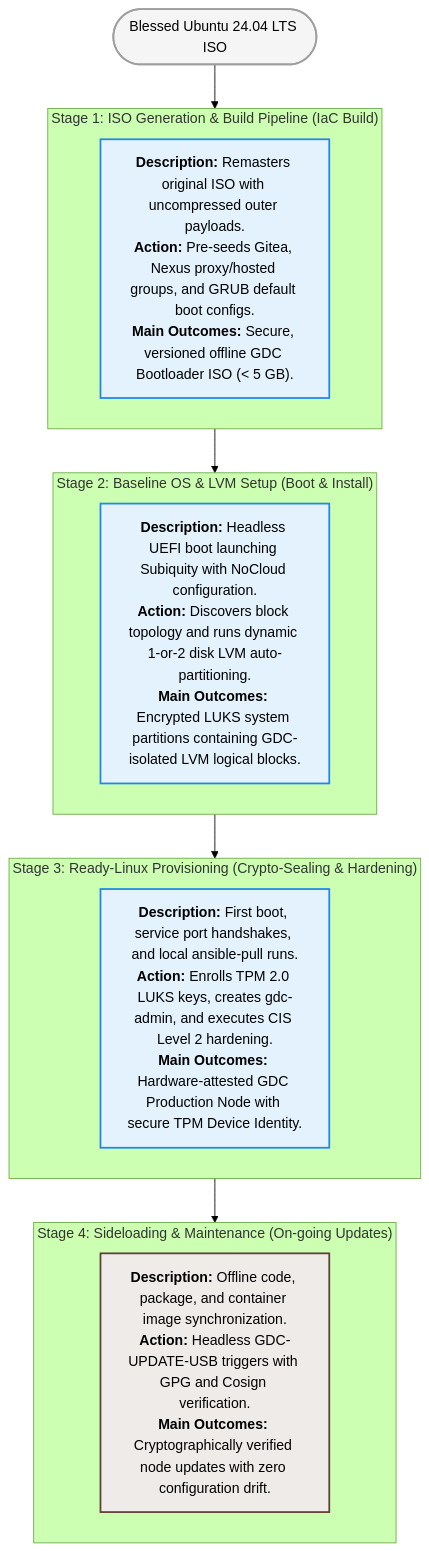
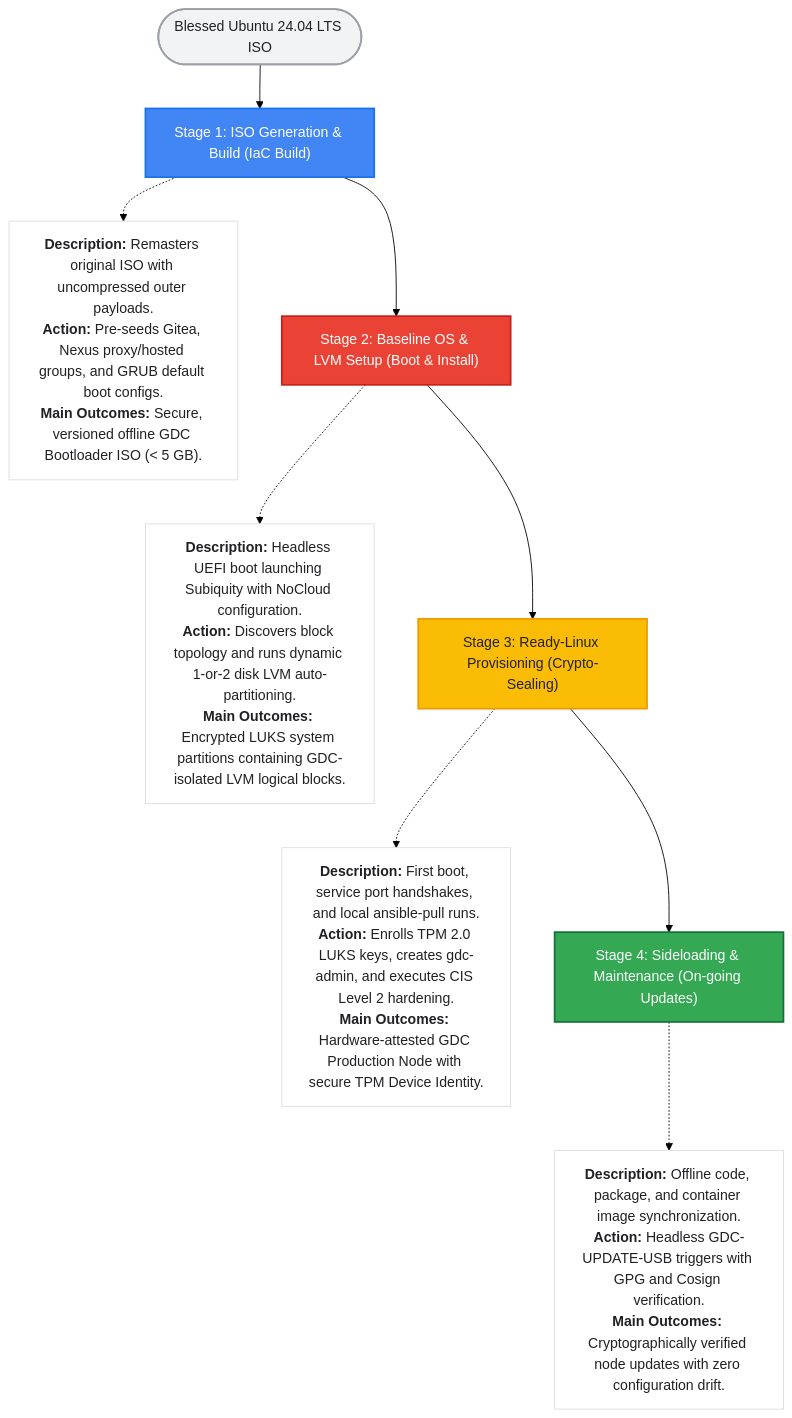
One commit to mike-ensor/gdc-disk-provisioner-gh changed the diagram in README.md. Above: the diagram before and after it, drawn with Mermaid (forest theme).

Commit message:
update README diagram with parallel notes and google brand colors

````diff
--- a/README.md
+++ b/README.md
@@ -11,33 +11,45 @@
 ```mermaid
 flowchart TD
-    classDef start fill:#f5f5f5,stroke:#9e9e9e,stroke-width:2px;
-    classDef stage fill:#e3f2fd,stroke:#1e88e5,stroke-width:2px;
-    classDef final fill:#efebe9,stroke:#5d4037,stroke-width:2px;
+    %% Define Google Brand Styles
+    classDef start fill:#F1F3F4,stroke:#9AA0A6,stroke-width:2px,color:#202124;
+    classDef blue fill:#4285F4,stroke:#1A73E8,stroke-width:2px,color:#FFFFFF;
+    classDef red fill:#EA4335,stroke:#C5221F,stroke-width:2px,color:#FFFFFF;
+    classDef yellow fill:#FBBC05,stroke:#F29900,stroke-width:2px,color:#202124;
+    classDef green fill:#34A853,stroke:#137333,stroke-width:2px,color:#FFFFFF;
+    classDef note fill:#FFFFFF,stroke:#DADCE0,stroke-width:1px,color:#202124;
 
+    %% Nodes
     Start(["Blessed Ubuntu 24.04 LTS ISO"])
     
-    subgraph S1 ["Stage 1: ISO Generation & Build Pipeline (IaC Build)"]
-        Stage1["<b>Description:</b> Remasters original ISO with uncompressed outer payloads.<br/><b>Action:</b> Pre-seeds Gitea, Nexus proxy/hosted groups, and GRUB default boot configs.<br/><b>Main Outcomes:</b> Secure, versioned offline GDC Bootloader ISO (&lt; 5 GB)."]
-    end
+    Stage1["Stage 1: ISO Generation & Build (IaC Build)"]
+    Note1["<b>Description:</b> Remasters original ISO with uncompressed outer payloads.<br/><b>Action:</b> Pre-seeds Gitea, Nexus proxy/hosted groups, and GRUB default boot configs.<br/><b>Main Outcomes:</b> Secure, versioned offline GDC Bootloader ISO (&lt; 5 GB)."]
     
-    subgraph S2 ["Stage 2: Baseline OS & LVM Setup (Boot & Install)"]
-        Stage2["<b>Description:</b> Headless UEFI boot launching Subiquity with NoCloud configuration.<br/><b>Action:</b> Discovers block topology and runs dynamic 1-or-2 disk LVM auto-partitioning.<br/><b>Main Outcomes:</b> Encrypted LUKS system partitions containing GDC-isolated LVM logical blocks."]
-    end
+    Stage2["Stage 2: Baseline OS & LVM Setup (Boot & Install)"]
+    Note2["<b>Description:</b> Headless UEFI boot launching Subiquity with NoCloud configuration.<br/><b>Action:</b> Discovers block topology and runs dynamic 1-or-2 disk LVM auto-partitioning.<br/><b>Main Outcomes:</b> Encrypted LUKS system partitions containing GDC-isolated LVM logical blocks."]
     
-    subgraph S3 ["Stage 3: Ready-Linux Provisioning (Crypto-Sealing & Hardening)"]
-        Stage3["<b>Description:</b> First boot, service port handshakes, and local ansible-pull runs.<br/><b>Action:</b> Enrolls TPM 2.0 LUKS keys, creates gdc-admin, and executes CIS Level 2 hardening.<br/><b>Main Outcomes:</b> Hardware-attested GDC Production Node with secure TPM Device Identity."]
-    end
+    Stage3["Stage 3: Ready-Linux Provisioning (Crypto-Sealing)"]
+    Note3["<b>Description:</b> First boot, service port handshakes, and local ansible-pull runs.<br/><b>Action:</b> Enrolls TPM 2.0 LUKS keys, creates gdc-admin, and executes CIS Level 2 hardening.<br/><b>Main Outcomes:</b> Hardware-attested GDC Production Node with secure TPM Device Identity."]
     
-    subgraph S4 ["Stage 4: Sideloading & Maintenance (On-going Updates)"]
-        Stage4["<b>Description:</b> Offline code, package, and container image synchronization.<br/><b>Action:</b> Headless GDC-UPDATE-USB triggers with GPG and Cosign verification.<br/><b>Main Outcomes:</b> Cryptographically verified node updates with zero configuration drift."]
-    end
+    Stage4["Stage 4: Sideloading & Maintenance (On-going Updates)"]
+    Note4["<b>Description:</b> Offline code, package, and container image synchronization.<br/><b>Action:</b> Headless GDC-UPDATE-USB triggers with GPG and Cosign verification.<br/><b>Main Outcomes:</b> Cryptographically verified node updates with zero configuration drift."]
 
-    Start --> S1
-    S1 --> S2
-    S2 --> S3
-    S3 --> S4
+    %% Connections
+    Start --> Stage1
+    Stage1 --> Stage2
+    Stage2 --> Stage3
+    Stage3 --> Stage4
 
+    %% Side-by-side Note alignments
+    Stage1 -.-> Note1
+    Stage2 -.-> Note2
+    Stage3 -.-> Note3
+    Stage4 -.-> Note4
+
+    %% Apply Styles
     class Start start;
-    class Stage1,Stage2,Stage3 stage;
-    class Stage4 final;
+    class Stage1 blue;
+    class Stage2 red;
+    class Stage3 yellow;
+    class Stage4 green;
+    class Note1,Note2,Note3,Note4 note;
 ```
````
